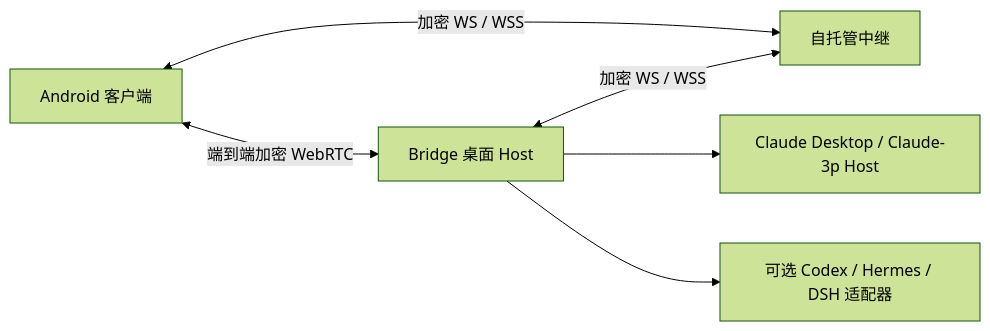
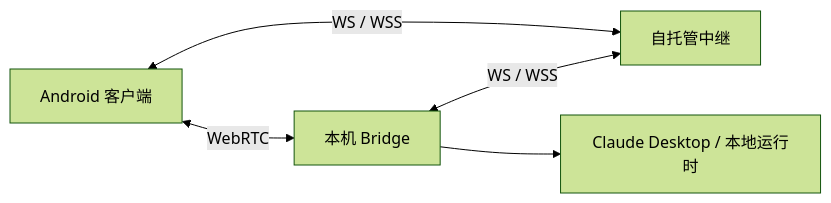
Before and after one commit to Lycidas97/claude-desktop-bridge: the diagram in README.md, drawn with Mermaid (forest theme). The commit also changed other lines of this file and 4 other files, not shown here.

````diff
--- a/README.md
+++ b/README.md
@@ -70,8 +98,7 @@
 ```mermaid
 flowchart LR
-  A[Android 客户端] <-->|端到端加密 WebRTC| B[Bridge 桌面 Host]
-  A <-->|加密 WS / WSS| R[自托管中继]
-  B <-->|加密 WS / WSS| R
-  B --> C[Claude Desktop / Claude-3p Host]
-  B --> O[可选 Codex / Hermes / DSH 适配器]
+  Phone[Android 客户端] <-->|WebRTC| Host[本机 Bridge]
+  Phone <-->|WS / WSS| Relay[自托管中继]
+  Host <-->|WS / WSS| Relay
+  Host --> Runtime[Claude Desktop / 本地运行时]
 ```
````
